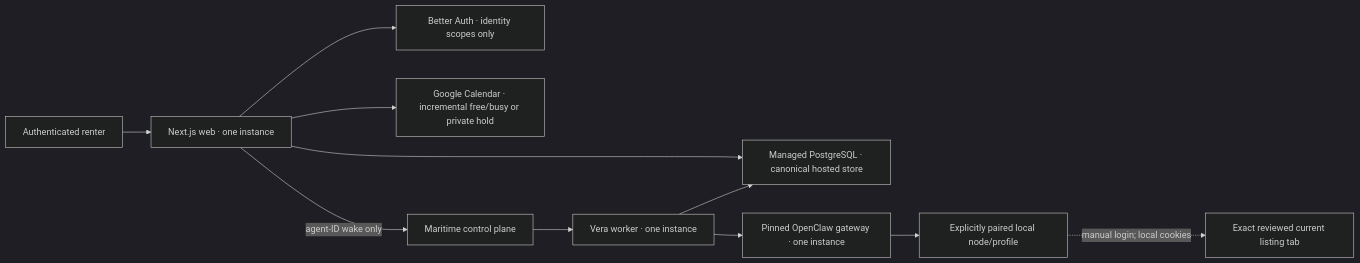
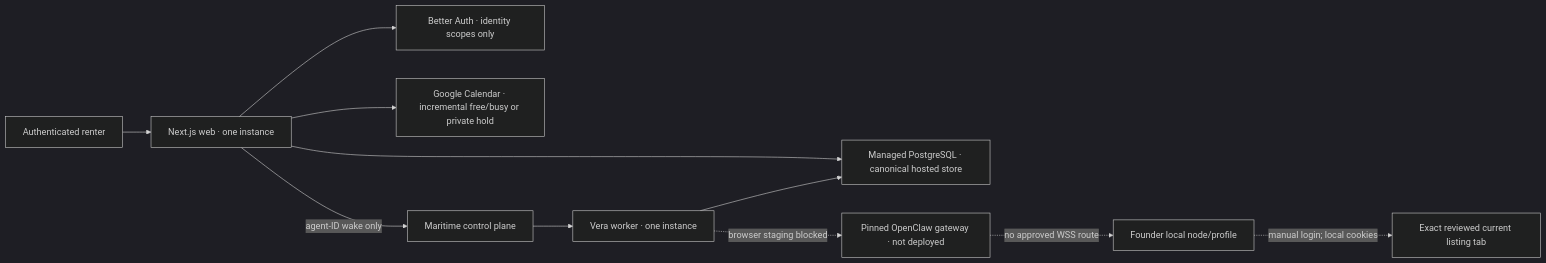
The first of 3 diagrams in docs/ARCHITECTURE.md (zukhriddingit/VeraAI), drawn with Mermaid (dark theme) before and after one commit. The commit also changed other lines of this file and 29 other files, not shown here.

Commit message:
feat: add founder staging evidence gate

````diff
--- a/docs/ARCHITECTURE.md
+++ b/docs/ARCHITECTURE.md
@@ -12,13 +12,13 @@
 ```mermaid
 flowchart LR
   U["Authenticated renter"] --> W["Next.js web · one instance"]
   W --> A["Better Auth · identity scopes only"]
   W --> P["Managed PostgreSQL · canonical hosted store"]
   W --> G["Google Calendar · incremental free/busy or private hold"]
   W -->|"agent-ID wake only"| M["Maritime control plane"]
   M --> K["Vera worker · one instance"]
   K --> P
-  K --> O["Pinned OpenClaw gateway · one instance"]
-  O --> N["Explicitly paired local node/profile"]
+  K -. "browser staging blocked" .-> O["Pinned OpenClaw gateway · not deployed"]
+  O -. "no approved WSS route" .-> N["Founder local node/profile"]
   N -. "manual login; local cookies" .-> S["Exact reviewed current listing tab"]
 ```
````
